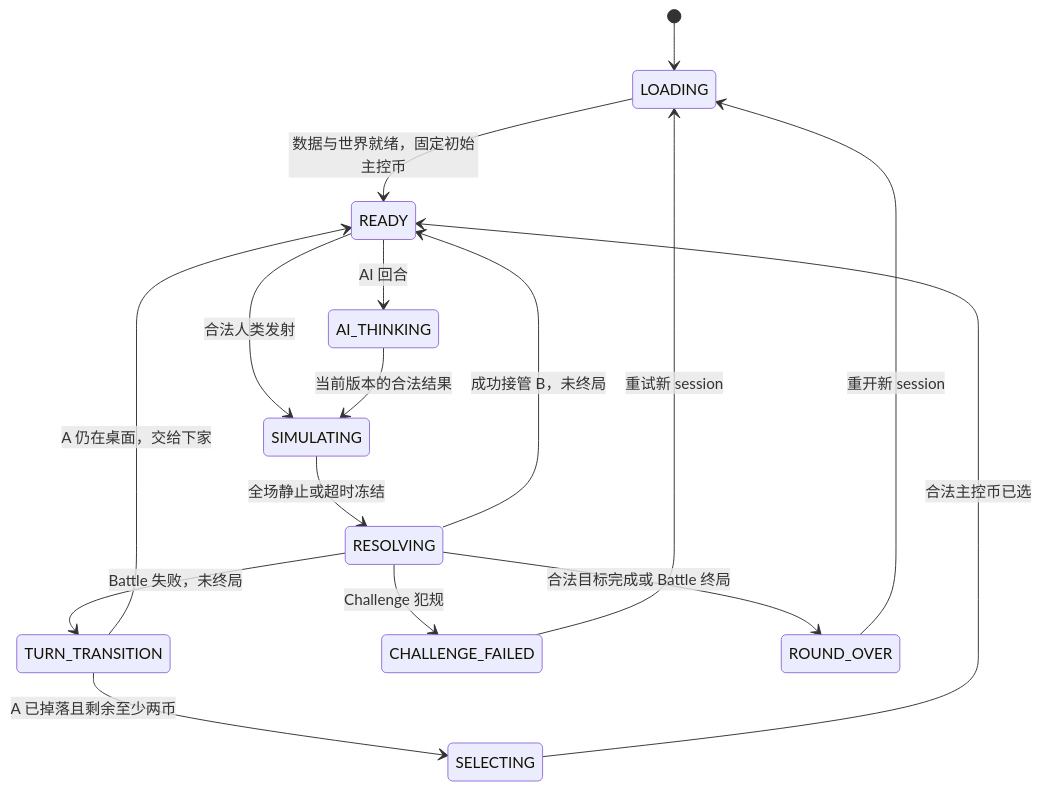
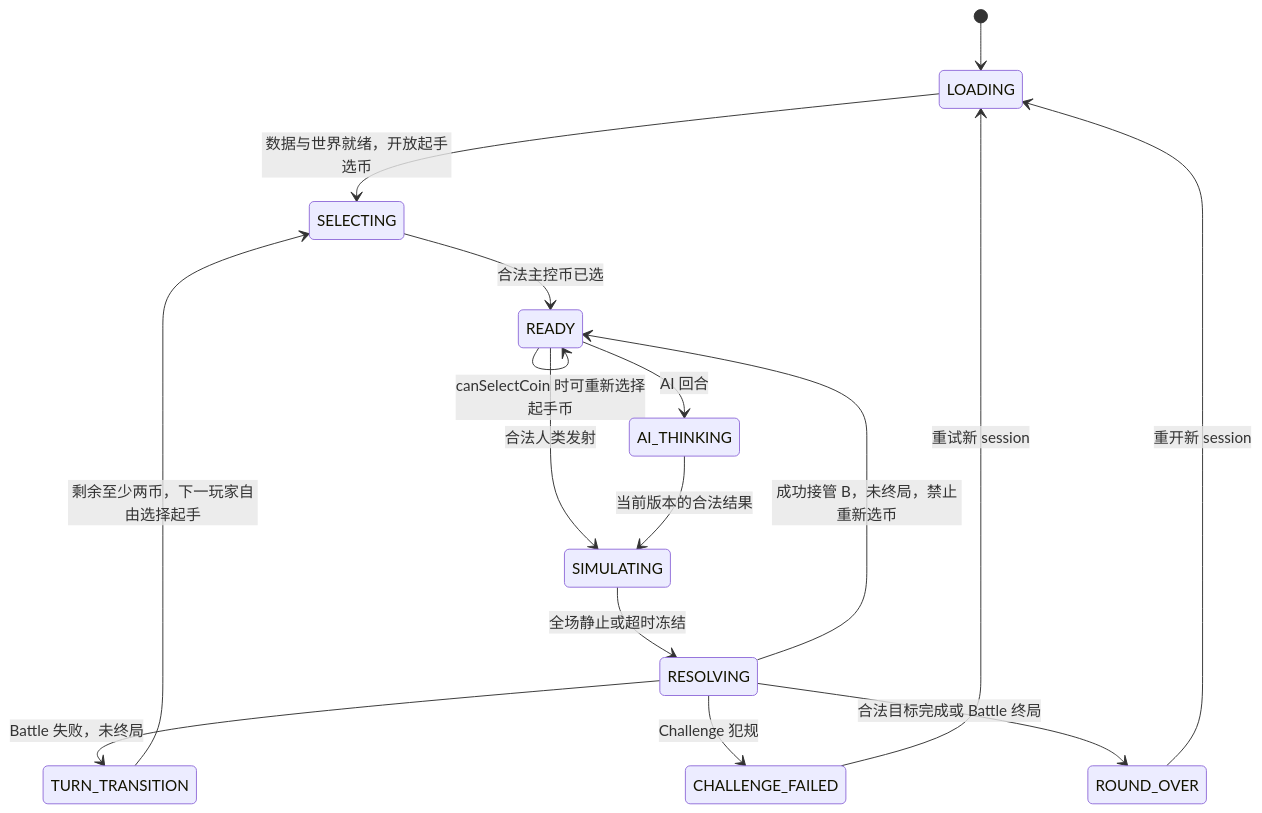
One commit to ljq61/FlickChain changed the second of 2 diagrams in docs/TECHNICAL_ARCHITECTURE.md. Above: the diagram before and after it, drawn with Mermaid. The commit also changed other lines of this file and 49 other files, not shown here.

````diff
--- a/docs/TECHNICAL_ARCHITECTURE.md
+++ b/docs/TECHNICAL_ARCHITECTURE.md
@@ -235,18 +239,18 @@
 ```mermaid
 stateDiagram-v2
     [*] --> LOADING
-    LOADING --> READY: 数据与世界就绪，固定初始主控币
+    LOADING --> SELECTING: 数据与世界就绪，开放起手选币
     SELECTING --> READY: 合法主控币已选
+    READY --> READY: canSelectCoin 时可重新选择起手币
     READY --> SIMULATING: 合法人类发射
     READY --> AI_THINKING: AI 回合
     AI_THINKING --> SIMULATING: 当前版本的合法结果
     SIMULATING --> RESOLVING: 全场静止或超时冻结
-    RESOLVING --> READY: 成功接管 B，未终局
+    RESOLVING --> READY: 成功接管 B，未终局，禁止重新选币
     RESOLVING --> TURN_TRANSITION: Battle 失败，未终局
-    TURN_TRANSITION --> READY: A 仍在桌面，交给下家
-    TURN_TRANSITION --> SELECTING: A 已掉落且剩余至少两币
+    TURN_TRANSITION --> SELECTING: 剩余至少两币，下一玩家自由选择起手
     RESOLVING --> CHALLENGE_FAILED: Challenge 犯规
     RESOLVING --> ROUND_OVER: 合法目标完成或 Battle 终局
     CHALLENGE_FAILED --> LOADING: 重试新 session
     ROUND_OVER --> LOADING: 重开新 session
 ```
````
